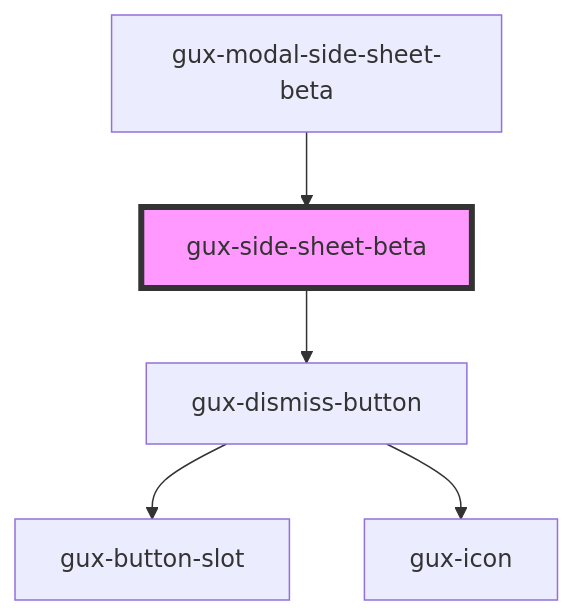
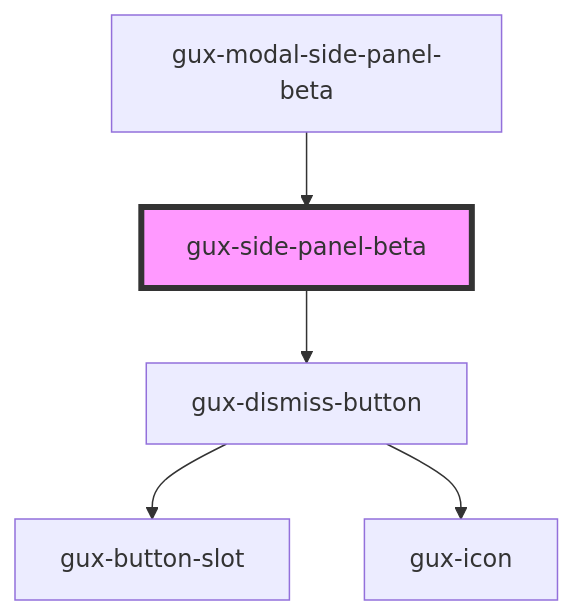
One commit to MuthuEshwara-Manian/genesys-spark changed the diagram in packages/genesys-spark-components/src/components/beta/gux-side-panel/readme.md. Above: the diagram before and after it, drawn with Mermaid. The commit also changed other lines of this file and 18 other files, not shown here.

Commit message:
style(side panel): generating tokens

````diff
--- a/packages/genesys-spark-components/src/components/beta/gux-side-panel/readme.md
+++ b/packages/genesys-spark-components/src/components/beta/gux-side-panel/readme.md
@@ -29,8 +31,8 @@
 ```mermaid
 graph TD;
-  gux-side-sheet-beta --> gux-dismiss-button
+  gux-side-panel-beta --> gux-dismiss-button
   gux-dismiss-button --> gux-button-slot
   gux-dismiss-button --> gux-icon
-  gux-modal-side-sheet-beta --> gux-side-sheet-beta
-  style gux-side-sheet-beta fill:#f9f,stroke:#333,stroke-width:4px
+  gux-modal-side-panel-beta --> gux-side-panel-beta
+  style gux-side-panel-beta fill:#f9f,stroke:#333,stroke-width:4px
 ```
````
